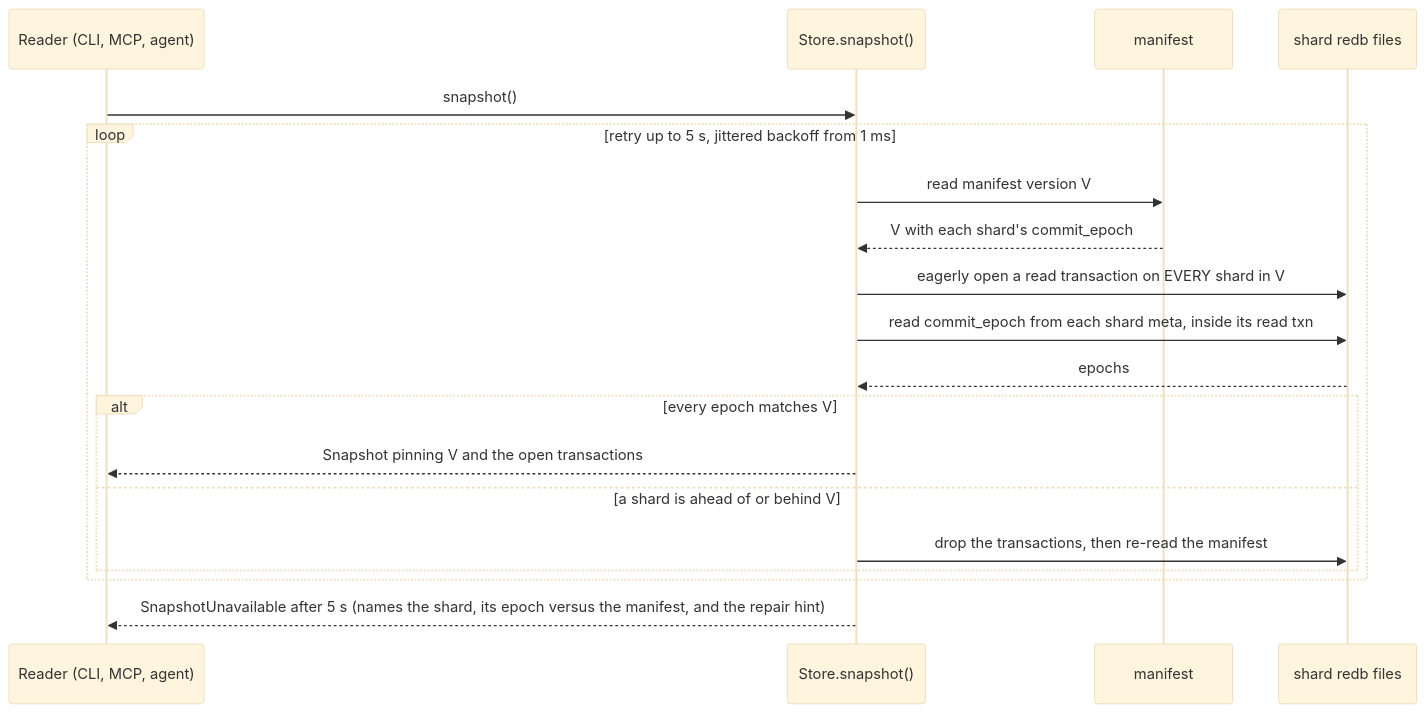
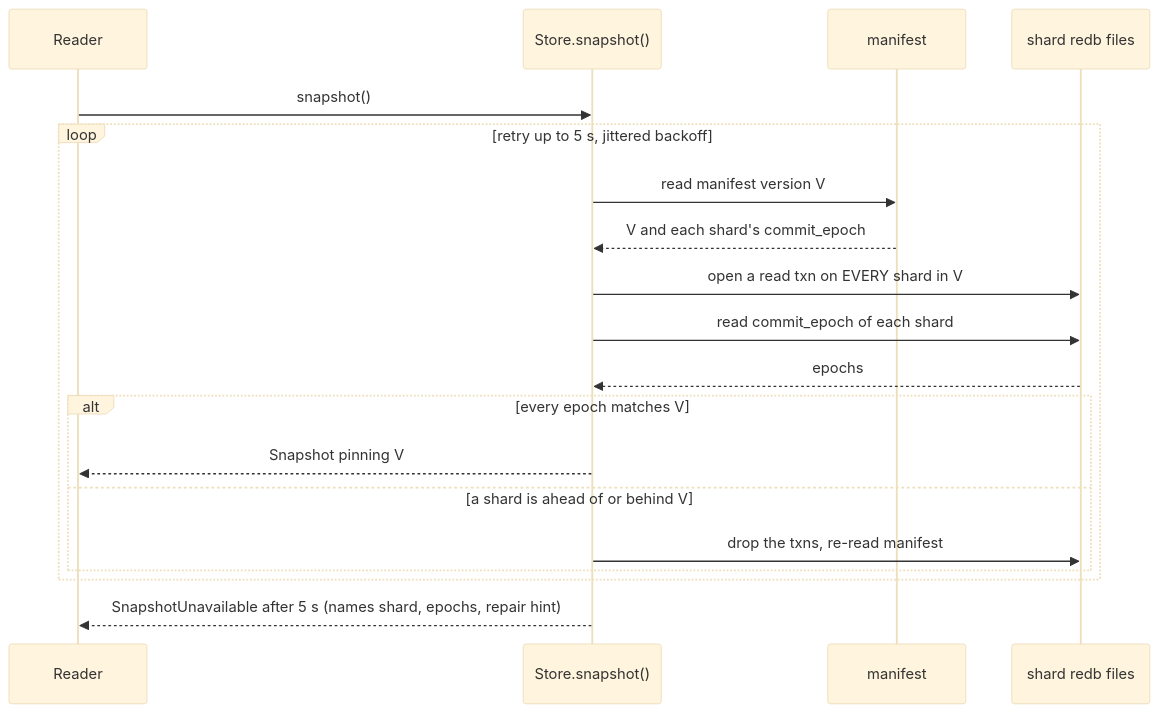
One commit to P47Phoenix/memory-graph changed the tenth of 19 diagrams in docs/architecture-diagrams.md. Above: the diagram before and after it, drawn with Mermaid (base theme). The commit also changed other lines of this file and 2 other files, not shown here.

First line of the commit message:
Fix architecture diagram review findings (PR #13)

````diff
--- a/docs/architecture-diagrams.md
+++ b/docs/architecture-diagrams.md
@@ -398,21 +314,21 @@
 ```mermaid
 sequenceDiagram
-    participant Reader as Reader (CLI, MCP, agent)
+    participant Reader
     participant Store as Store.snapshot()
     participant M as manifest
     participant S as shard redb files
     Reader->>Store: snapshot()
-    loop retry up to 5 s, jittered backoff from 1 ms
+    loop retry up to 5 s, jittered backoff
         Store->>M: read manifest version V
-        M-->>Store: V with each shard's commit_epoch
-        Store->>S: eagerly open a read transaction on EVERY shard in V
-        Store->>S: read commit_epoch from each shard meta, inside its read txn
+        M-->>Store: V and each shard's commit_epoch
+        Store->>S: open a read txn on EVERY shard in V
+        Store->>S: read commit_epoch of each shard
         S-->>Store: epochs
         alt every epoch matches V
-            Store-->>Reader: Snapshot pinning V and the open transactions
+            Store-->>Reader: Snapshot pinning V
         else a shard is ahead of or behind V
-            Store->>S: drop the transactions, then re-read the manifest
+            Store->>S: drop the txns, re-read manifest
         end
     end
-    Store-->>Reader: SnapshotUnavailable after 5 s (names the shard, its epoch versus the manifest, and the repair hint)
+    Store-->>Reader: SnapshotUnavailable after 5 s (names shard, epochs, repair hint)
 ```
````
